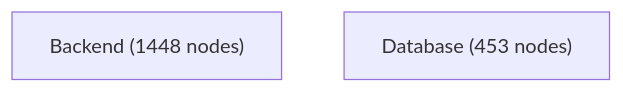
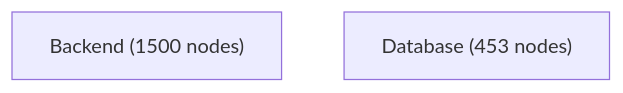
The first of 4 diagrams in docs/architecture-analysis/architecture.report.md (jankneumann/agentic-coding-tools), drawn with Mermaid before and after one commit. The commit also changed other lines of this file and 12 other files, not shown here.

````diff
--- a/docs/architecture-analysis/architecture.report.md
+++ b/docs/architecture-analysis/architecture.report.md
@@ -502,5 +502,5 @@
 ```mermaid
 flowchart TB
-    Backend["Backend (1448 nodes)"]
+    Backend["Backend (1500 nodes)"]
     Database["Database (453 nodes)"]
 ```
````
